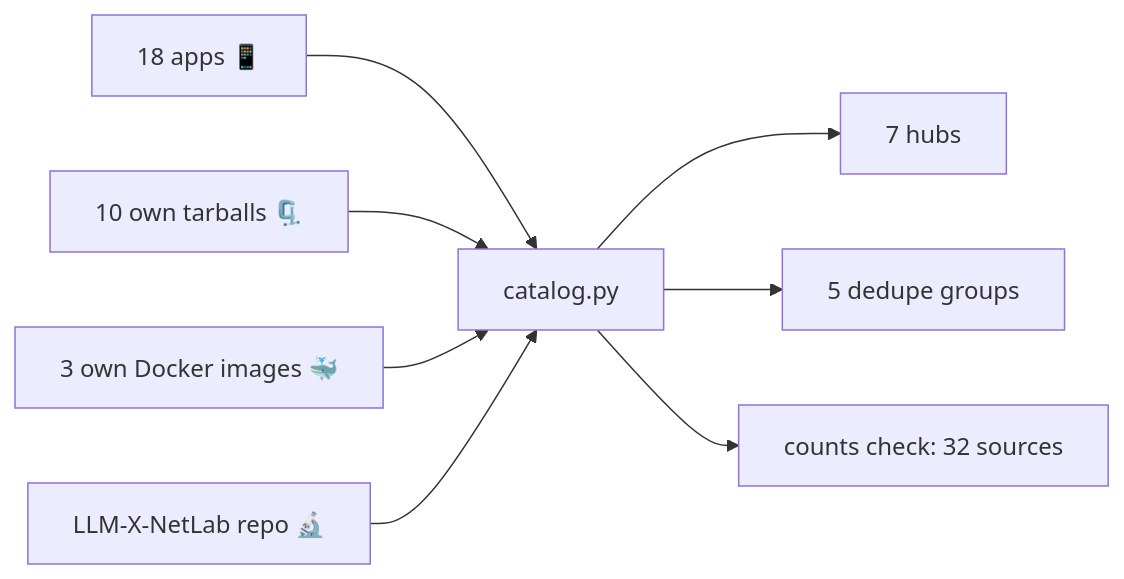
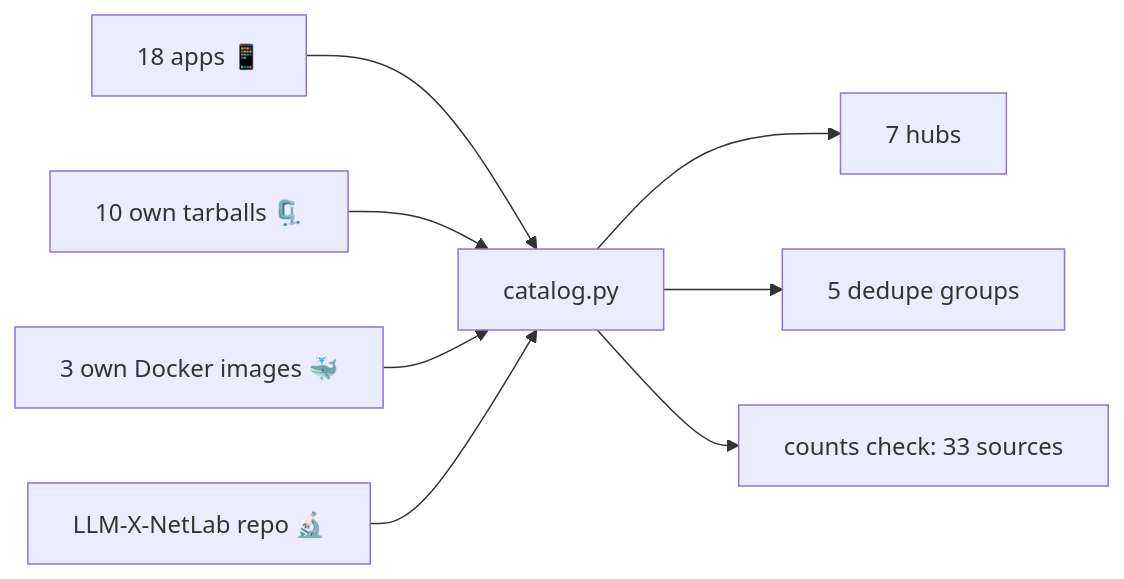
Before and after one commit to kimanicollier44-cmyk/NetX: the third of 18 diagrams in README.md, drawn with Mermaid. The commit also changed other lines of this file and 7 other files, not shown here.

````diff
--- a/README.md
+++ b/README.md
@@ -222,10 +222,10 @@
 ```mermaid
 flowchart LR
     A[18 apps 📱] --> D[catalog.py]
     A2[10 own tarballs 🗜️] --> D
     B[3 own Docker images 🐳] --> D
     C[LLM-X-NetLab repo 🔬] --> D
     D --> E[7 hubs]
     D --> F[5 dedupe groups]
-    D --> G[counts check: 32 sources]
+    D --> G[counts check: 33 sources]
 ```
````
